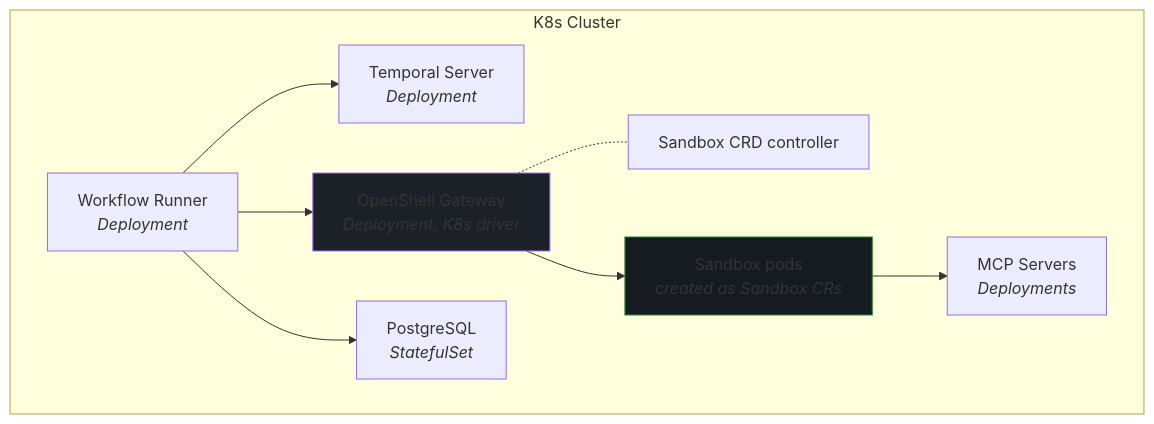
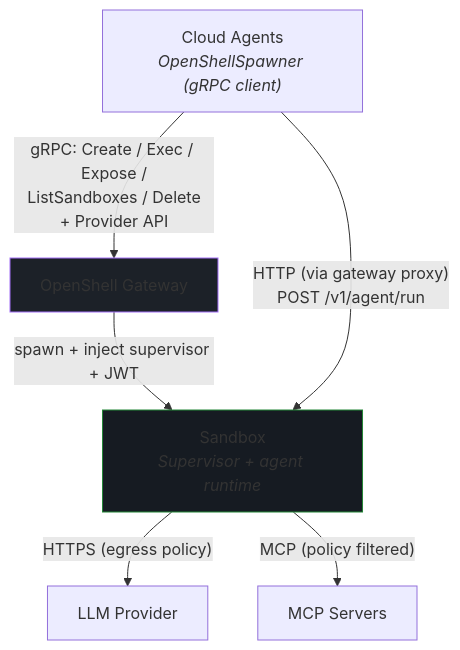
The first of 3 diagrams in docs/architecture-with-openshell.md (jameswnl/lightspeed-cloud-agents), drawn with Mermaid before and after one commit. The commit also changed other lines of this file and 1 other file, not shown here.

First line of the commit message:
docs: rewrite architecture-with-openshell.md around the client-gateway protocol (#259)

````diff
--- a/docs/architecture-with-openshell.md
+++ b/docs/architecture-with-openshell.md
@@ -114,21 +5,17 @@
 ```mermaid
 graph TD
-    subgraph cluster["K8s Cluster"]
-        TS["Temporal Server<br/><i>Deployment</i>"]
-        PG["PostgreSQL<br/><i>StatefulSet</i>"]
-        WR["Workflow Runner<br/><i>Deployment</i>"]
-        GW["OpenShell Gateway<br/><i>Deployment, K8s driver</i>"]
-        GW -.- CRD["Sandbox CRD controller"]
-        MCP["MCP Servers<br/><i>Deployments</i>"]
-        SB["Sandbox pods<br/><i>created as Sandbox CRs</i>"]
-    end
+    WR["Cloud Agents<br/><i>OpenShellSpawner (gRPC client)</i>"]
+    GW["OpenShell Gateway"]
+    SB["Sandbox<br/><i>Supervisor + agent runtime</i>"]
+    LLM["LLM Provider"]
+    MCP["MCP Servers"]
 
-    WR --> TS
-    WR --> PG
-    WR --> GW
-    GW --> SB
-    SB --> MCP
+    WR -- "gRPC: Create / Exec / Expose /<br/>ListSandboxes / Delete<br/>+ Provider API" --> GW
+    GW -- "spawn + inject supervisor + JWT" --> SB
+    WR -- "HTTP (via gateway proxy)<br/>POST /v1/agent/run" --> SB
+    SB -- "HTTPS (egress policy)" --> LLM
+    SB -- "MCP (policy filtered)" --> MCP
 
     style GW fill:#1c2128,stroke:#a371f7
     style SB fill:#161b22,stroke:#238636
 ```
````
